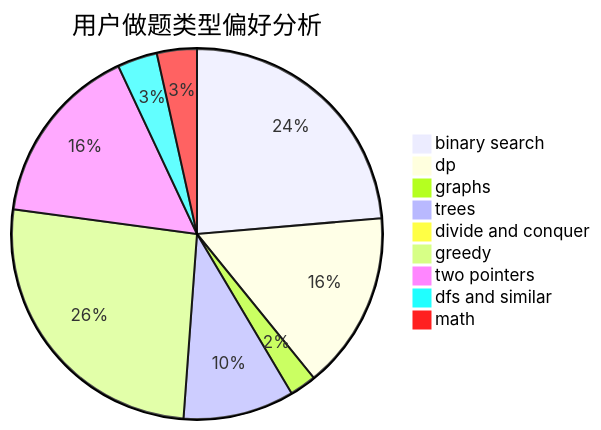
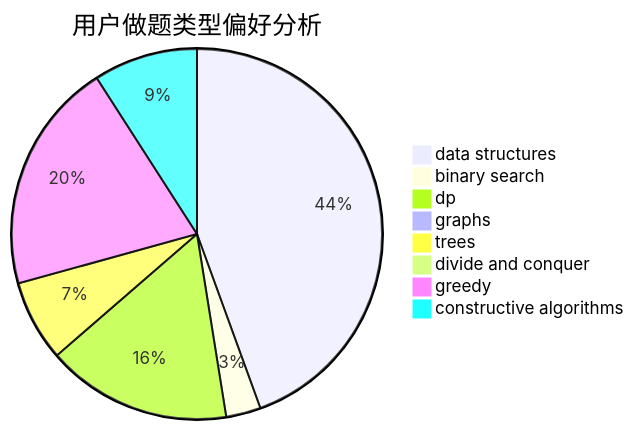
The second of 3 diagrams in docs/user/u314.md (sherpahu/cfrs.github.io), drawn with Mermaid before and after one commit. The commit also changed other lines of this file and 2775 other files, not shown here.

````diff
--- a/docs/user/u314.md
+++ b/docs/user/u314.md
@@ -23,12 +23,11 @@
 ```mermaid
 pie title 用户做题类型偏好分析
-    "binary search" :  61
-    "dp" :  40
-    "graphs" :  6
-    "trees" :  25
+    "data structures" :  44
+    "binary search" :  3
+    "dp" :  16
+    "graphs" :  0
+    "trees" :  7
     "divide and conquer" :  0
-    "greedy" :  67
-    "two pointers" :  41
-    "dfs and similar" :  9
-    "math" :  9
+    "greedy" :  20
+    "constructive algorithms" :  9
 ```
````
